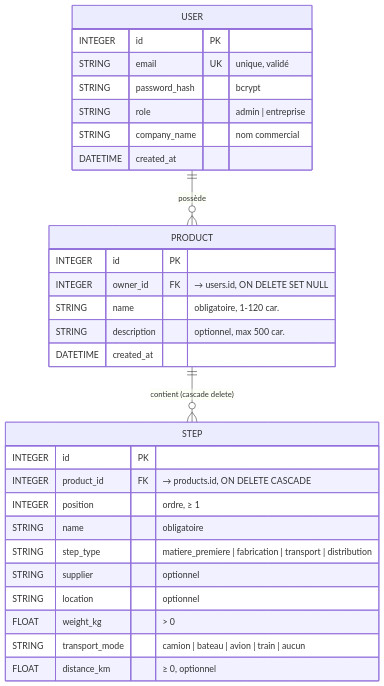
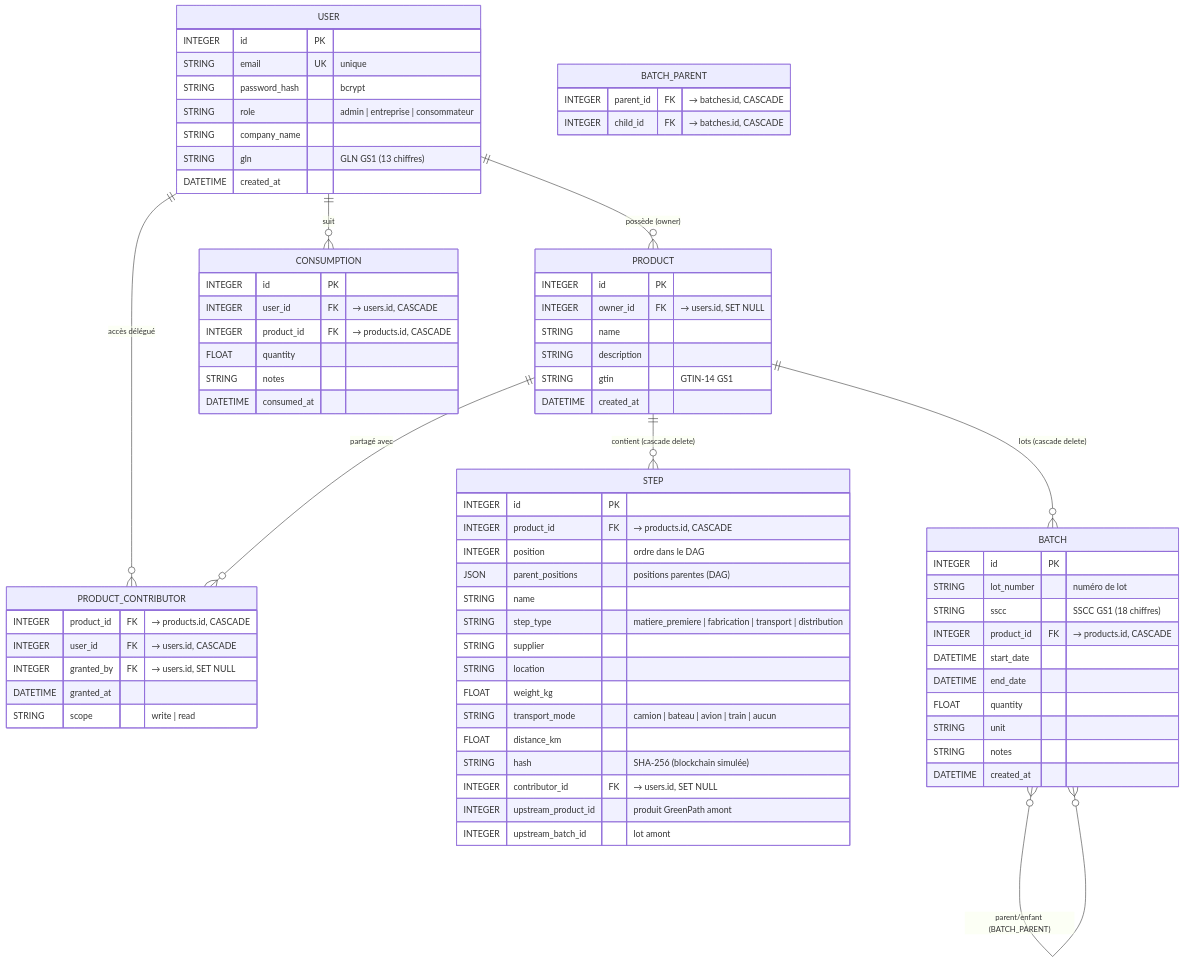
Before and after one commit to MaxanceV/tnsi_greenpath: the diagram in README.md, drawn with Mermaid. The commit also changed other lines of this file and 6 other files, not shown here.

````diff
--- a/README.md
+++ b/README.md
@@ -39,35 +28,82 @@
 ```mermaid
 erDiagram
-    USER ||--o{ PRODUCT : "possède"
+    USER ||--o{ PRODUCT : "possède (owner)"
+    USER ||--o{ CONSUMPTION : "suit"
+    USER ||--o{ PRODUCT_CONTRIBUTOR : "accès délégué"
     PRODUCT ||--o{ STEP : "contient (cascade delete)"
+    PRODUCT ||--o{ BATCH : "lots (cascade delete)"
+    PRODUCT ||--o{ PRODUCT_CONTRIBUTOR : "partagé avec"
+    BATCH }o--o{ BATCH : "parent/enfant (BATCH_PARENT)"
 
     USER {
         INTEGER id PK
-        STRING email UK "unique, validé"
+        STRING email UK "unique"
         STRING password_hash "bcrypt"
-        STRING role "admin | entreprise"
-        STRING company_name "nom commercial"
+        STRING role "admin | entreprise | consommateur"
+        STRING company_name
+        STRING gln "GLN GS1 (13 chiffres)"
         DATETIME created_at
     }
 
     PRODUCT {
         INTEGER id PK
-        INTEGER owner_id FK "→ users.id, ON DELETE SET NULL"
-        STRING name "obligatoire, 1-120 car."
-        STRING description "optionnel, max 500 car."
+        INTEGER owner_id FK "→ users.id, SET NULL"
+        STRING name
+        STRING description
+        STRING gtin "GTIN-14 GS1"
         DATETIME created_at
     }
 
     STEP {
         INTEGER id PK
-        INTEGER product_id FK "→ products.id, ON DELETE CASCADE"
-        INTEGER position "ordre, ≥ 1"
-        STRING name "obligatoire"
+        INTEGER product_id FK "→ products.id, CASCADE"
+        INTEGER position "ordre dans le DAG"
+        JSON parent_positions "positions parentes (DAG)"
+        STRING name
         STRING step_type "matiere_premiere | fabrication | transport | distribution"
-        STRING supplier "optionnel"
-        STRING location "optionnel"
-        FLOAT weight_kg "> 0"
+        STRING supplier
+        STRING location
+        FLOAT weight_kg
         STRING transport_mode "camion | bateau | avion | train | aucun"
-        FLOAT distance_km "≥ 0, optionnel"
+        FLOAT distance_km
+        STRING hash "SHA-256 (blockchain simulée)"
+        INTEGER contributor_id FK "→ users.id, SET NULL"
+        INTEGER upstream_product_id "produit GreenPath amont"
+        INTEGER upstream_batch_id "lot amont"
+    }
+
+    BATCH {
+        INTEGER id PK
+        STRING lot_number "numéro de lot"
+        STRING sscc "SSCC GS1 (18 chiffres)"
+        INTEGER product_id FK "→ products.id, CASCADE"
+        DATETIME start_date
+        DATETIME end_date
+        FLOAT quantity
+        STRING unit
+        STRING notes
+        DATETIME created_at
+    }
+
+    BATCH_PARENT {
+        INTEGER parent_id FK "→ batches.id, CASCADE"
+        INTEGER child_id FK "→ batches.id, CASCADE"
+    }
+
+    PRODUCT_CONTRIBUTOR {
+        INTEGER product_id FK "→ products.id, CASCADE"
+        INTEGER user_id FK "→ users.id, CASCADE"
+        INTEGER granted_by FK "→ users.id, SET NULL"
+        DATETIME granted_at
+        STRING scope "write | read"
+    }
+
+    CONSUMPTION {
+        INTEGER id PK
+        INTEGER user_id FK "→ users.id, CASCADE"
+        INTEGER product_id FK "→ products.id, CASCADE"
+        FLOAT quantity
+        STRING notes
+        DATETIME consumed_at
     }
 ```
````
